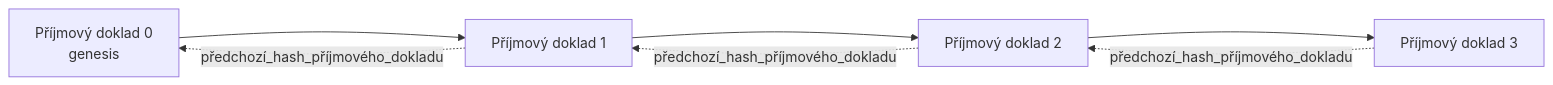
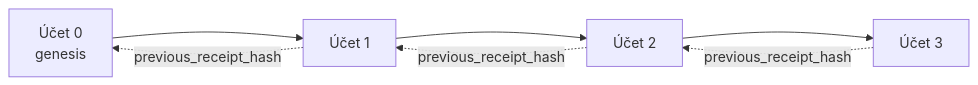
One commit to gabrielmoreira/agent-skills-mirror changed the second of 2 diagrams in mirrors/repos/microsoft@ai-agents-for-beginners/translations/cs/18-securing-ai-agents/README.md. Above: the diagram before and after it, drawn with Mermaid. The commit also changed other lines of this file and 2285 other files, not shown here.

````diff
--- a/mirrors/repos/microsoft@ai-agents-for-beginners/translations/cs/18-securing-ai-agents/README.md
+++ b/mirrors/repos/microsoft@ai-agents-for-beginners/translations/cs/18-securing-ai-agents/README.md
@@ -206,9 +206,9 @@
 ```mermaid
 flowchart LR
-    R0[Příjmový doklad 0<br/>genesis] --> R1[Příjmový doklad 1]
-    R1 --> R2[Příjmový doklad 2]
-    R2 --> R3[Příjmový doklad 3]
-    R1 -. předchozí_hash_příjmového_dokladu .-> R0
-    R2 -. předchozí_hash_příjmového_dokladu .-> R1
-    R3 -. předchozí_hash_příjmového_dokladu .-> R2
+    R0[Účet 0<br/>genesis] --> R1[Účet 1]
+    R1 --> R2[Účet 2]
+    R2 --> R3[Účet 3]
+    R1 -. previous_receipt_hash .-> R0
+    R2 -. previous_receipt_hash .-> R1
+    R3 -. previous_receipt_hash .-> R2
 ```
````
